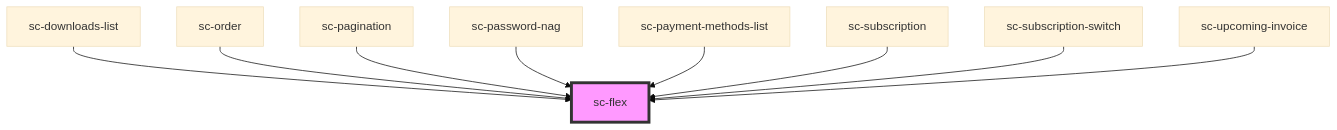
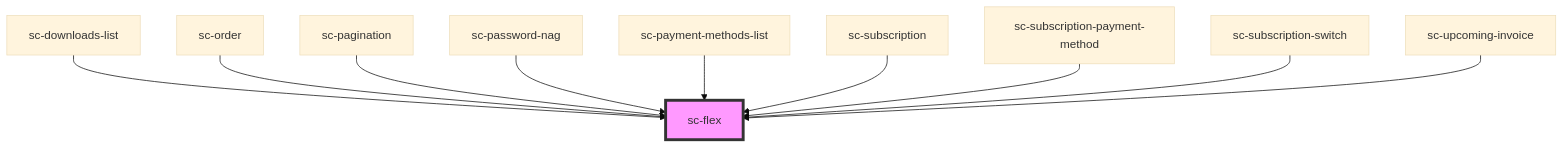
Before and after one commit to surecart/surecart-wp-plugin: the diagram in packages/components/src/components/ui/flex/readme.md, drawn with Mermaid (base theme). The commit also changed other lines of this file and 23 other files, not shown here.

````diff
--- a/packages/components/src/components/ui/flex/readme.md
+++ b/packages/components/src/components/ui/flex/readme.md
@@ -33,12 +34,13 @@
 ```mermaid
 graph TD;
   sc-downloads-list --> sc-flex
   sc-order --> sc-flex
   sc-pagination --> sc-flex
   sc-password-nag --> sc-flex
   sc-payment-methods-list --> sc-flex
   sc-subscription --> sc-flex
+  sc-subscription-payment-method --> sc-flex
   sc-subscription-switch --> sc-flex
   sc-upcoming-invoice --> sc-flex
   style sc-flex fill:#f9f,stroke:#333,stroke-width:4px
 ```
````
